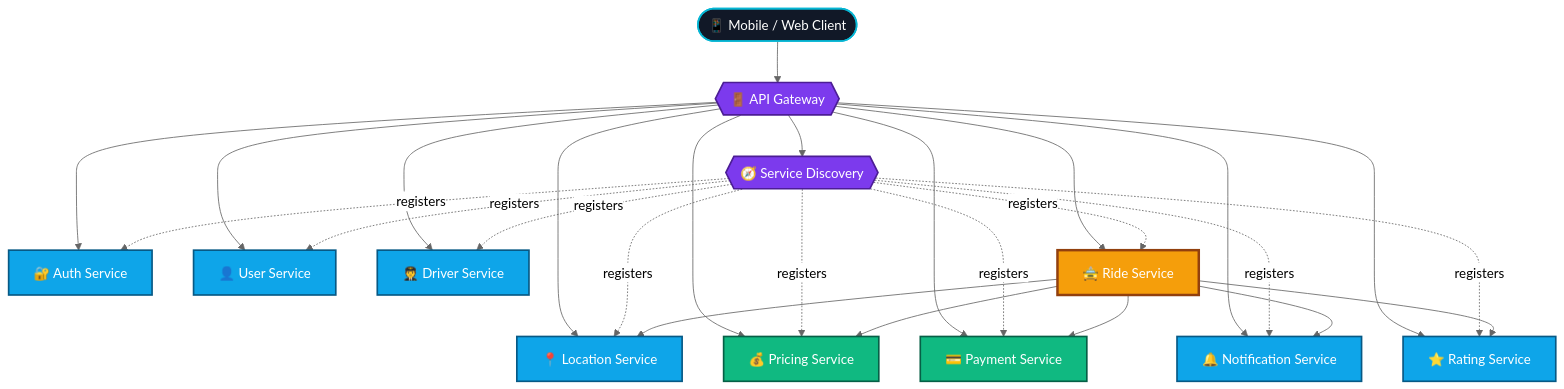
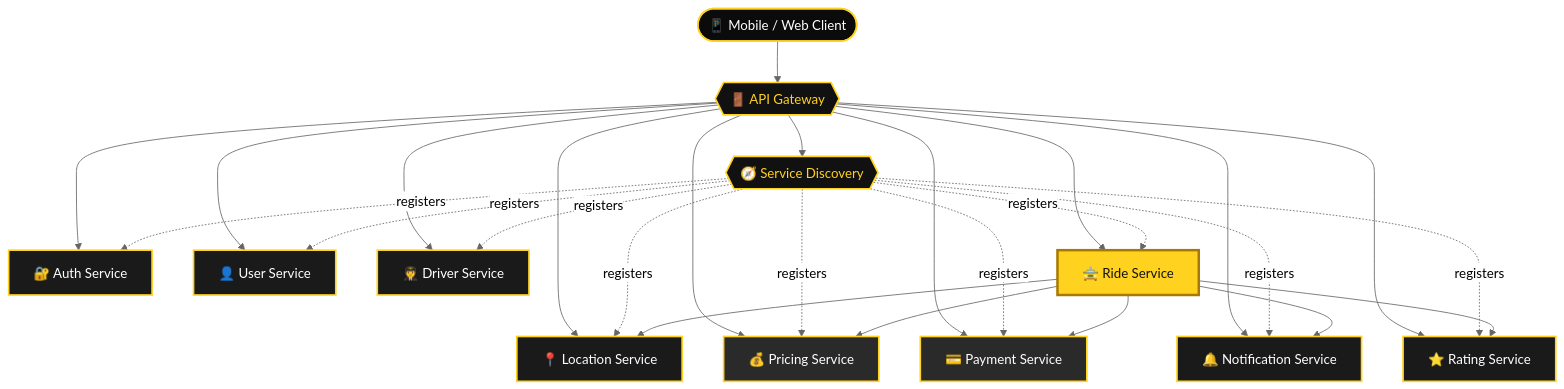
Before and after one commit to Thamizh70/nexio-microservices: the second of 3 diagrams in README.md, drawn with Mermaid (neutral theme). The commit also changed other lines of this file, not shown here.

````diff
--- a/README.md
+++ b/README.md
@@ -119,58 +119,58 @@
 ```mermaid
 flowchart TB
     Client(["📱 Mobile / Web Client"])
 
     Gateway{{"🚪 API Gateway"}}
     Discovery{{"🧭 Service Discovery"}}
 
     Auth["🔐 Auth Service"]
     User["👤 User Service"]
     Driver["🧑‍✈️ Driver Service"]
     Ride["🚖 Ride Service"]
     Location["📍 Location Service"]
     Pricing["💰 Pricing Service"]
     Payment["💳 Payment Service"]
     Notification["🔔 Notification Service"]
     Rating["⭐ Rating Service"]
 
     Client --> Gateway
     Gateway --> Discovery
 
     Gateway --> Auth
     Gateway --> User
     Gateway --> Driver
     Gateway --> Ride
     Gateway --> Location
     Gateway --> Pricing
     Gateway --> Payment
     Gateway --> Notification
     Gateway --> Rating
 
     Discovery -. registers .-> Auth
     Discovery -. registers .-> User
     Discovery -. registers .-> Driver
     Discovery -. registers .-> Ride
     Discovery -. registers .-> Location
     Discovery -. registers .-> Pricing
     Discovery -. registers .-> Payment
     Discovery -. registers .-> Notification
     Discovery -. registers .-> Rating
 
     Ride --> Location
     Ride --> Pricing
     Ride --> Payment
     Ride --> Notification
     Ride --> Rating
 
-    classDef client fill:#111827,stroke:#06B6D4,color:#fff,stroke-width:2px
-    classDef infra fill:#7C3AED,stroke:#4C1D95,color:#fff,stroke-width:2px
-    classDef core fill:#F59E0B,stroke:#92400E,color:#fff,stroke-width:3px
-    classDef svc fill:#0EA5E9,stroke:#075985,color:#fff,stroke-width:2px
-    classDef money fill:#10B981,stroke:#065F46,color:#fff,stroke-width:2px
+    classDef client fill:#0B0B0B,stroke:#FFD21F,color:#FFFFFF,stroke-width:2px
+    classDef infra fill:#111111,stroke:#FFD21F,color:#FFD21F,stroke-width:2px
+    classDef core fill:#FFD21F,stroke:#A87900,color:#111111,stroke-width:3px
+    classDef svc fill:#1A1A1A,stroke:#FFD21F,color:#FFFFFF,stroke-width:2px
+    classDef money fill:#2A2A2A,stroke:#FFD21F,color:#FFFFFF,stroke-width:2px
 
     class Client client
     class Gateway,Discovery infra
     class Ride core
     class Auth,User,Driver,Location,Notification,Rating svc
     class Pricing,Payment money
 ```
````
